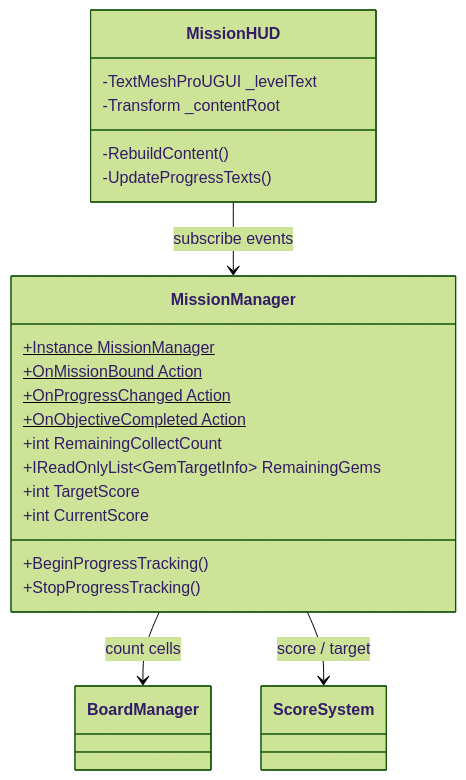
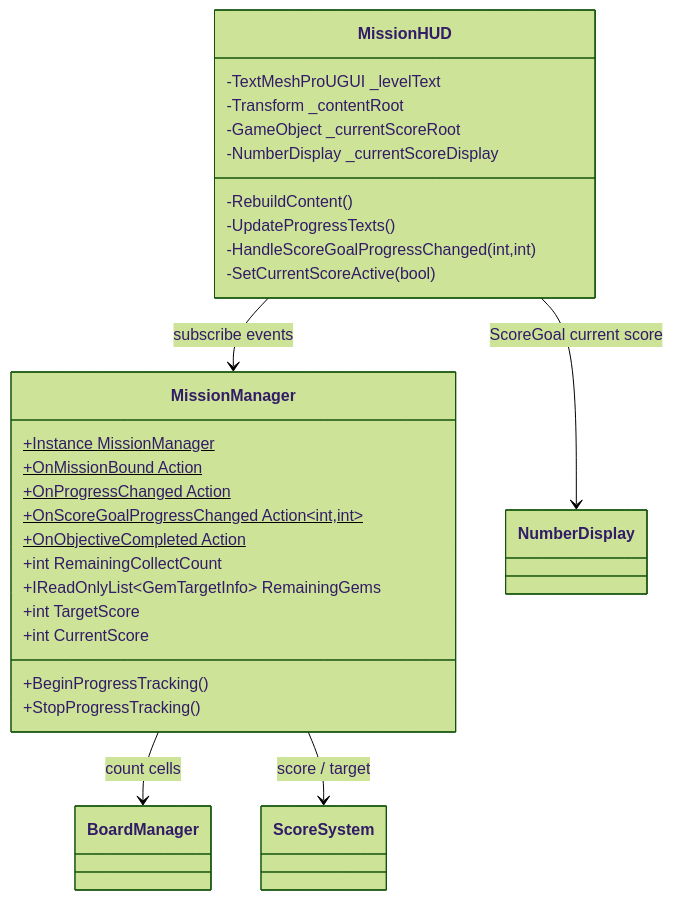
One commit to chlghksgml01/BlockPuzzle changed the second of 4 diagrams in docs/diagrams/mission-manager.md. Above: the diagram before and after it, drawn with Mermaid (forest theme). The commit also changed other lines of this file and 8 other files, not shown here.

Commit message:
feat: BP-6 Score Goal 미션 현재 점수 표시

````diff
--- a/docs/diagrams/mission-manager.md
+++ b/docs/diagrams/mission-manager.md
@@ -49,26 +49,32 @@
 ```mermaid
 classDiagram
   class MissionManager {
     +Instance MissionManager$
     +OnMissionBound Action$
     +OnProgressChanged Action$
+    +OnScoreGoalProgressChanged Action~int,int~$
     +OnObjectiveCompleted Action$
     +int RemainingCollectCount
     +IReadOnlyList~GemTargetInfo~ RemainingGems
     +int TargetScore
     +int CurrentScore
     +BeginProgressTracking()
     +StopProgressTracking()
   }
 
   class MissionHUD {
     -TextMeshProUGUI _levelText
     -Transform _contentRoot
+    -GameObject _currentScoreRoot
+    -NumberDisplay _currentScoreDisplay
     -RebuildContent()
     -UpdateProgressTexts()
+    -HandleScoreGoalProgressChanged(int,int)
+    -SetCurrentScoreActive(bool)
   }
 
   MissionHUD --> MissionManager : subscribe events
+  MissionHUD --> NumberDisplay : ScoreGoal current score
   MissionManager --> BoardManager : count cells
   MissionManager --> ScoreSystem : score / target
 ```
````
